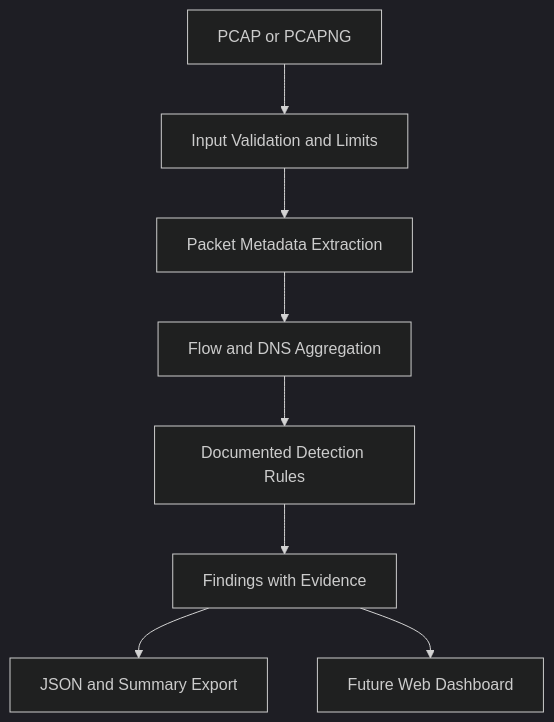
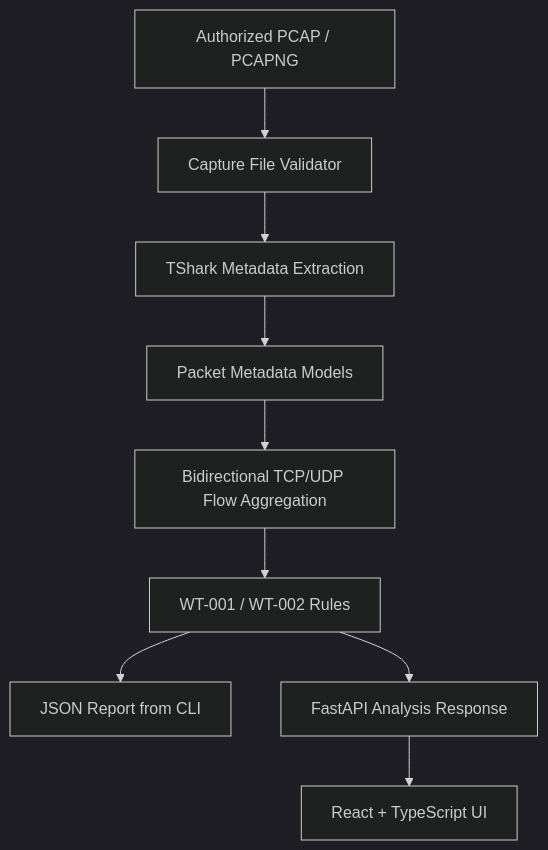
The diagram in README.md (tracolerd/wiretally), drawn with Mermaid (dark theme) before and after one commit. The commit also changed other lines of this file, not shown here.

```diff
--- a/README.md
+++ b/README.md
@@ -37,10 +65,11 @@
 ~~~mermaid
 flowchart TD
-    A[PCAP or PCAPNG] --> B[Input Validation and Limits]
-    B --> C[Packet Metadata Extraction]
-    C --> D[Flow and DNS Aggregation]
-    D --> E[Documented Detection Rules]
-    E --> F[Findings with Evidence]
-    F --> G[JSON and Summary Export]
-    F --> H[Future Web Dashboard]
+    A[Authorized PCAP / PCAPNG] --> B[Capture File Validator]
+    B --> C[TShark Metadata Extraction]
+    C --> D[Packet Metadata Models]
+    D --> E[Bidirectional TCP/UDP Flow Aggregation]
+    E --> F[WT-001 / WT-002 Rules]
+    F --> G[JSON Report from CLI]
+    F --> H[FastAPI Analysis Response]
+    H --> I[React + TypeScript UI]
 ~~~
```
